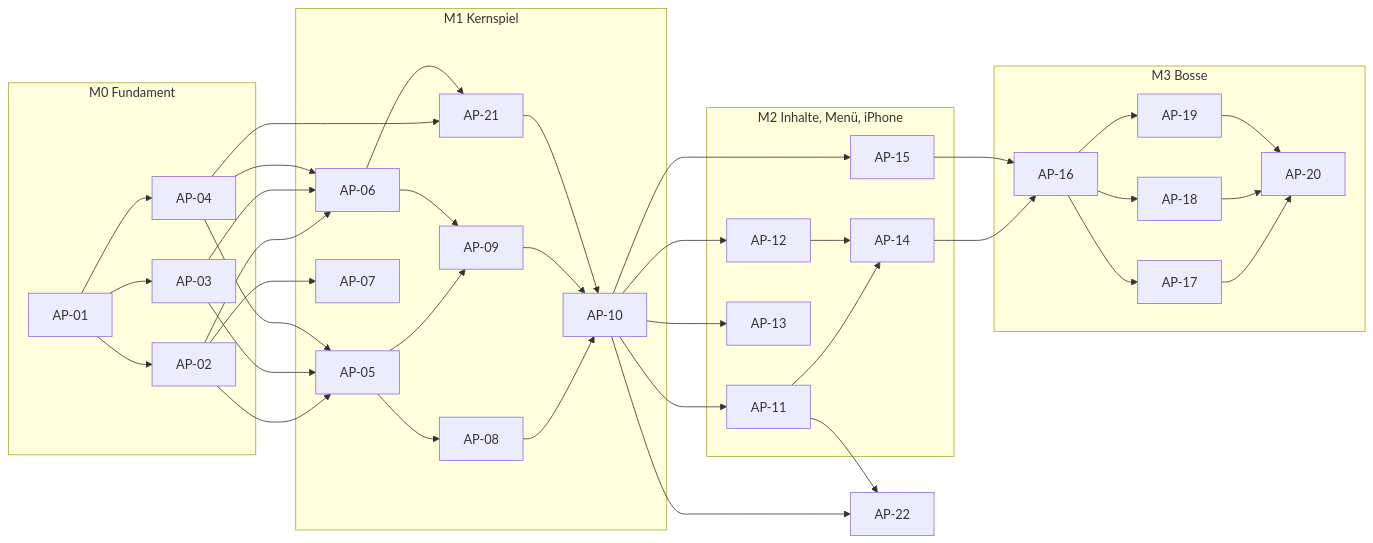
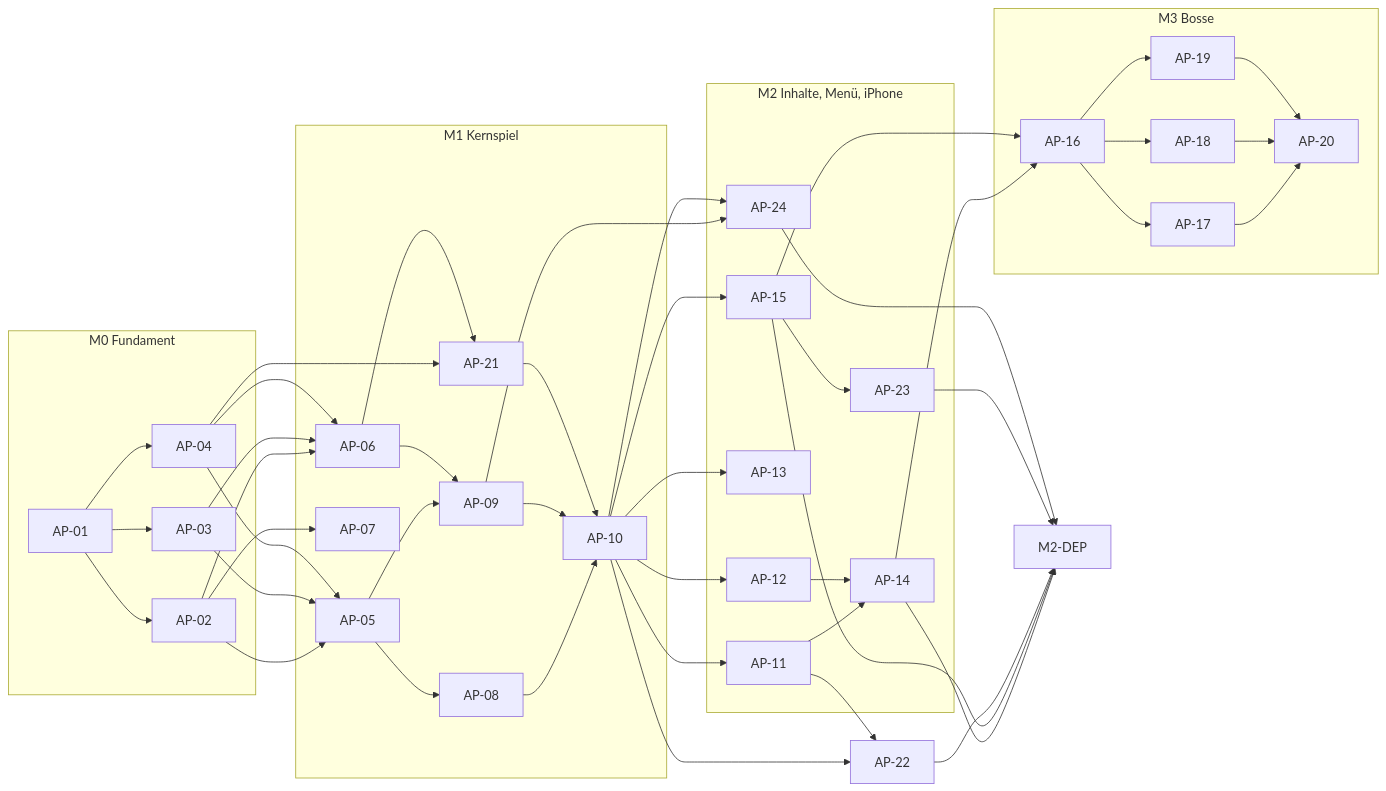
The third of 3 diagrams in docs/masterBuildPlan.md (CemDCoding/360shooter), drawn with Mermaid before and after one commit. The commit also changed other lines of this file, not shown here.

Commit message:
plan: add fix packages AP-23 and AP-24 to M2 W4, PE-37/38, Q-14, M2-DEP to W5

````diff
--- a/docs/masterBuildPlan.md
+++ b/docs/masterBuildPlan.md
@@ -600,29 +605,32 @@
 ```mermaid
 flowchart LR
   subgraph M0["M0 Fundament"]
     AP01["AP-01"] --> AP02["AP-02"] & AP03["AP-03"] & AP04["AP-04"]
   end
   subgraph M1["M1 Kernspiel"]
     AP05["AP-05"] --> AP08["AP-08"] & AP09["AP-09"]
     AP06["AP-06"] --> AP09
     AP08 & AP09 & AP21 --> AP10["AP-10"]
     AP07["AP-07"]
     AP21["AP-21"]
   end
   subgraph M2["M2 Inhalte, Menü, iPhone"]
     AP11["AP-11"] --> AP14["AP-14"]
     AP12["AP-12"] --> AP14
     AP13["AP-13"]
-    AP15["AP-15"]
+    AP15["AP-15"] --> AP23["AP-23"]
+    AP24["AP-24"]
   end
   subgraph M3["M3 Bosse"]
     AP16["AP-16"] --> AP17["AP-17"] & AP18["AP-18"] & AP19["AP-19"]
     AP17 & AP18 & AP19 --> AP20["AP-20"]
   end
   AP02 & AP03 & AP04 --> AP05 & AP06
   AP02 --> AP07
   AP04 & AP06 --> AP21
   AP10 --> AP11 & AP12 & AP13 & AP15
   AP14 & AP15 --> AP16
   AP10 & AP11 --> AP22["AP-22"]
+  AP09 & AP10 --> AP24
+  AP14 & AP15 & AP22 & AP23 & AP24 --> M2DEP["M2-DEP"]
 ```
````
